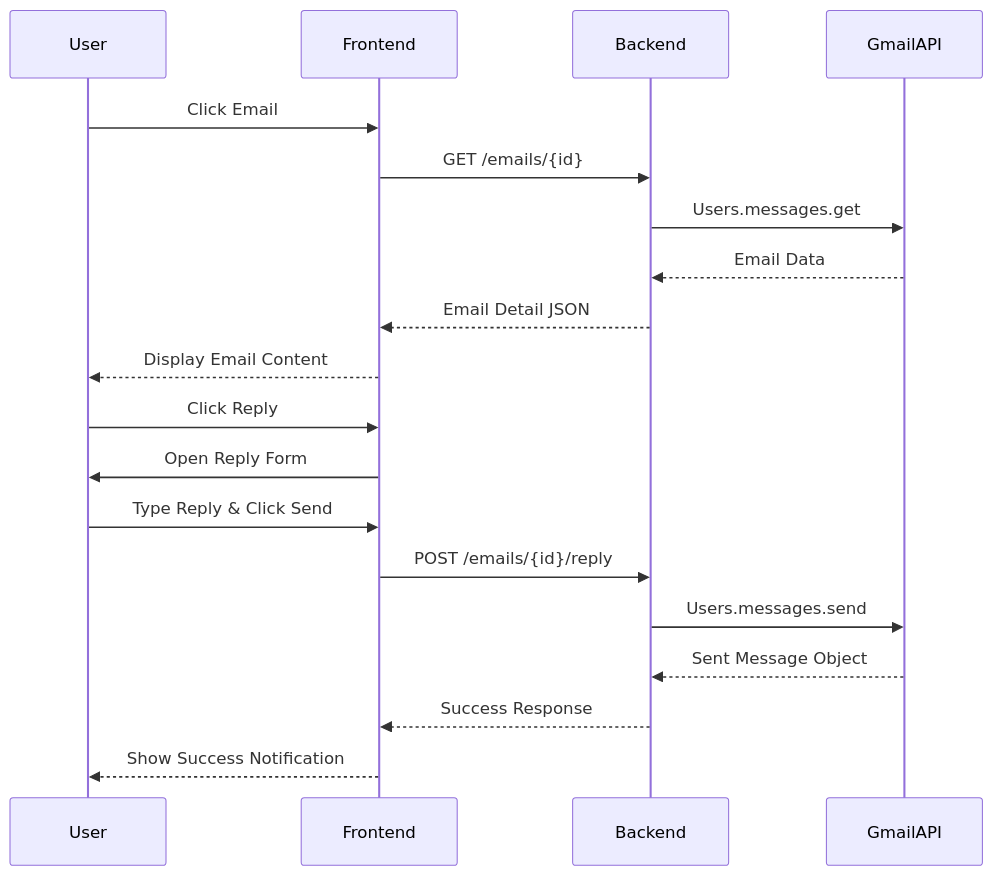
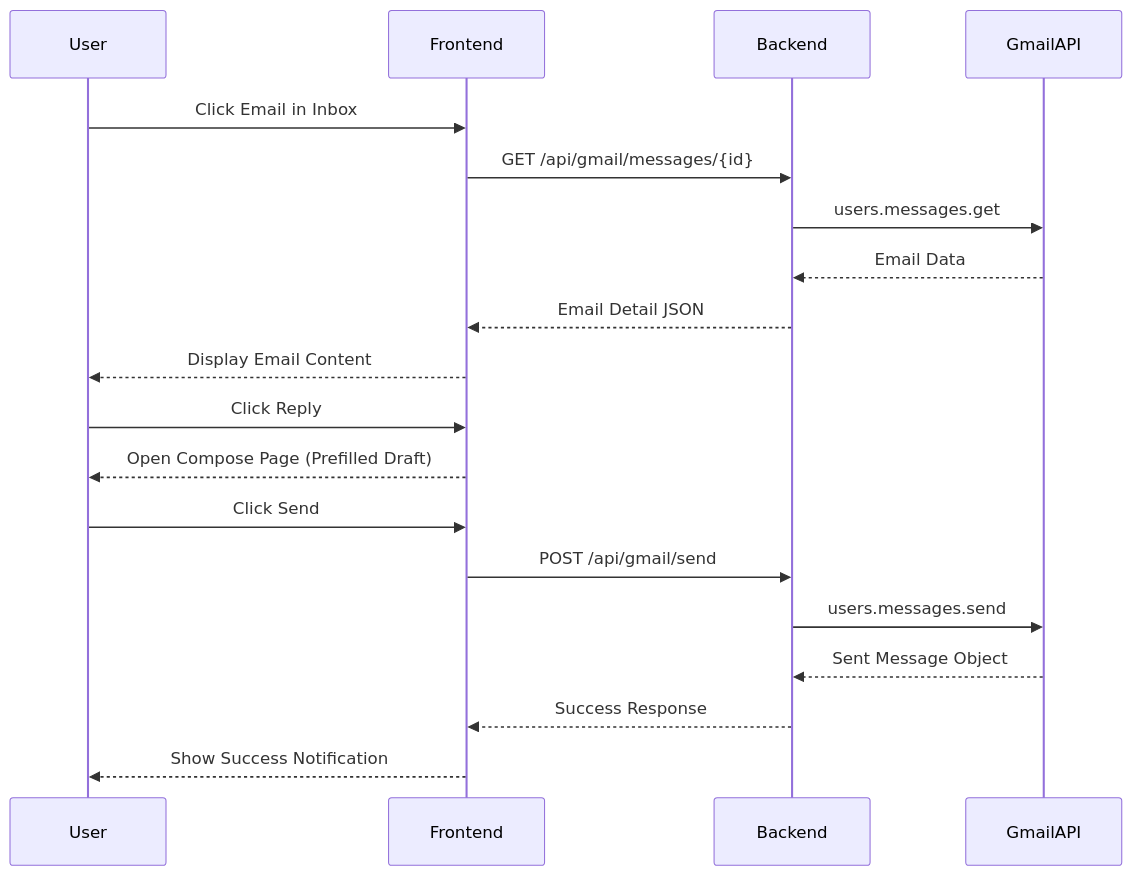
One commit to jsean662/MailFlowAI changed the second of 2 diagrams in README.md. Above: the diagram before and after it, drawn with Mermaid. The commit also changed other lines of this file and 1 other file, not shown here.

Commit message:
docs: Enhance README with detailed application and email interaction flow diagrams, and update app name to MailFlow.AI in the sidebar.

````diff
--- a/README.md
+++ b/README.md
@@ -52,23 +62,24 @@
 ```mermaid
 sequenceDiagram
     participant User
     participant Frontend
     participant Backend
     participant GmailAPI
 
-    User->>Frontend: Click Email
-    Frontend->>Backend: GET /emails/{id}
-    Backend->>GmailAPI: Users.messages.get
+    User->>Frontend: Click Email in Inbox
+    Frontend->>Backend: GET /api/gmail/messages/{id}
+    Backend->>GmailAPI: users.messages.get
     GmailAPI-->>Backend: Email Data
     Backend-->>Frontend: Email Detail JSON
     Frontend-->>User: Display Email Content
 
     User->>Frontend: Click Reply
-    Frontend->>User: Open Reply Form
-    User->>Frontend: Type Reply & Click Send
-    Frontend->>Backend: POST /emails/{id}/reply
-    Backend->>GmailAPI: Users.messages.send
+    Frontend-->>User: Open Compose Page (Prefilled Draft)
+
+    User->>Frontend: Click Send
+    Frontend->>Backend: POST /api/gmail/send
+    Backend->>GmailAPI: users.messages.send
     GmailAPI-->>Backend: Sent Message Object
     Backend-->>Frontend: Success Response
     Frontend-->>User: Show Success Notification
 ```
````
